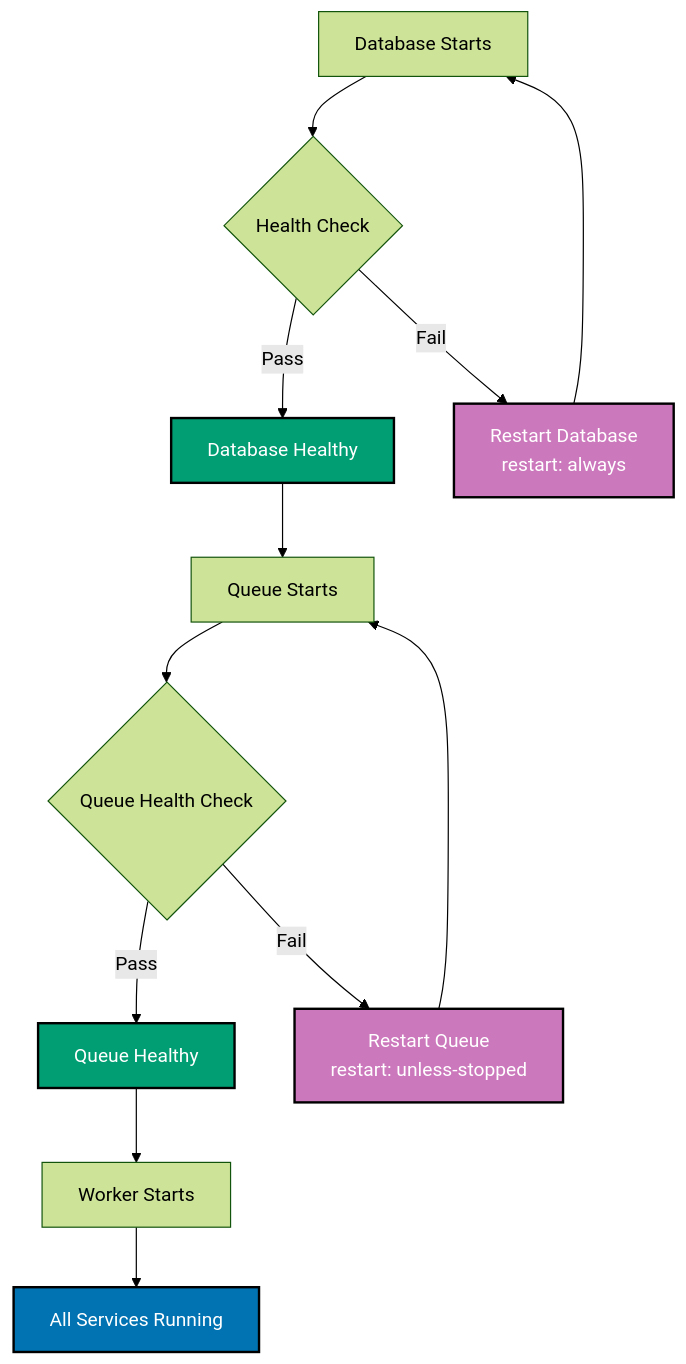
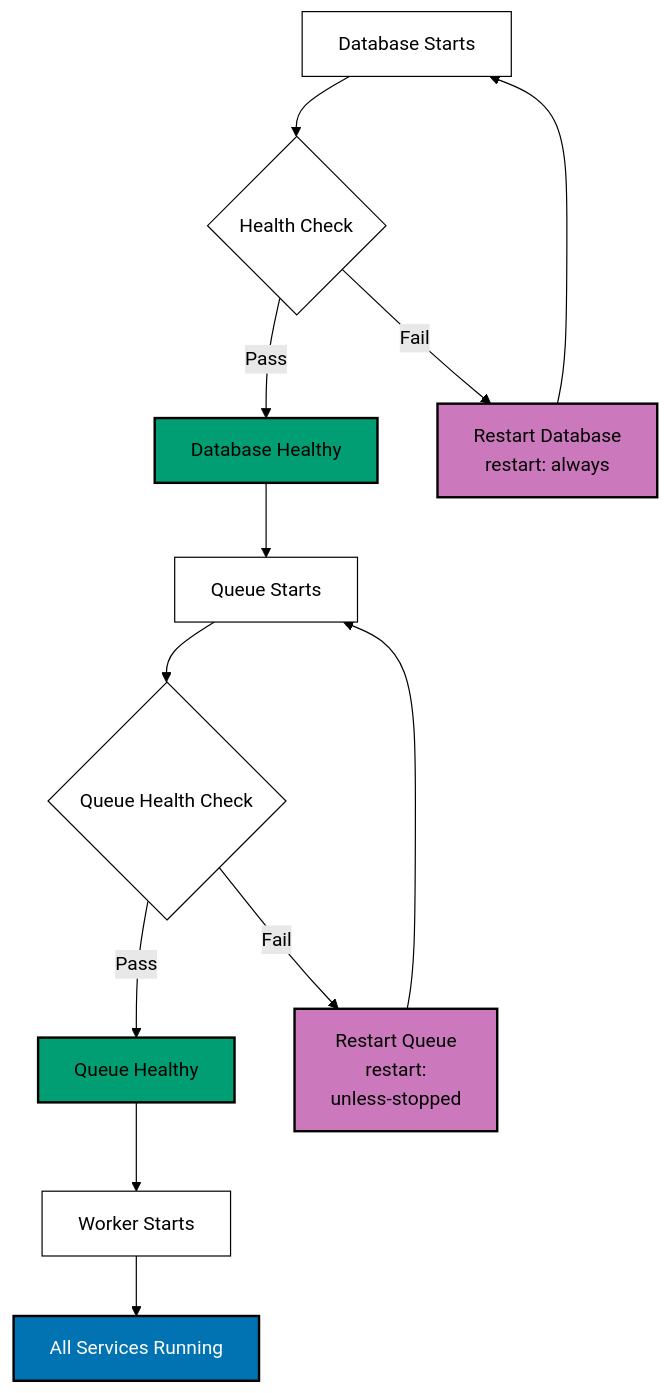
One commit to wahidyankf/ose-public changed the sixth of 11 diagrams in apps/ayokoding-www/content/en/learn/legacy/software-engineering/infrastructure/tools/docker/by-example/intermediate.md. Above: the diagram before and after it, drawn with Mermaid (forest theme). The commit also changed other lines of this file and 131 other files, not shown here.

First line of the commit message:
fix(mermaid): bring the legacy data, infrastructure, and testing diagrams onto the accessible palette

````diff
--- a/apps/ayokoding-www/content/en/learn/legacy/software-engineering/infrastructure/tools/docker/by-example/intermediate.md
+++ b/apps/ayokoding-www/content/en/learn/legacy/software-engineering/infrastructure/tools/docker/by-example/intermediate.md
@@ -1033,22 +1062,28 @@
 ```mermaid
 %% Color Palette: Blue #0173B2, Orange #DE8F05, Teal #029E73, Purple #CC78BC, Brown #CA9161
 graph TD
+ accTitle: Example 34: Service Dependencies with Restart
+ accDescr: Graph with 10 nodes and 11 connections. Nodes: Database Starts, Health Check, Database Healthy, Queue Starts, Queue Health Check, Queue Healthy, Worker Starts, All Services Running, Restart Database restart: always, Restart Queue restart: unless-stopped. Connections: Database Starts to Health Check, Health Check to Database Healthy (Pass), Database Healthy to Queue Starts, Queue Starts to Queue Health Check, Queue Health Check to Queue Healthy (Pass), Queue Healthy to Worker Starts, Worker Starts to All Services Running, Health Check to Restart Database restart: always (Fail), Restart Database restart: always to Database Starts, Queue Health Check to Restart Queue restart: unless-stopped (Fail), Restart Queue restart: unless-stopped to Queue Starts.
  A["Database Starts"] --> B{Health Check}
  B -->|Pass| C["Database Healthy"]
  C --> D["Queue Starts"]
  D --> E{Queue Health Check}
  E -->|Pass| F["Queue Healthy"]
  F --> G["Worker Starts"]
  G --> H["All Services Running"]
 
  B -->|Fail| I["Restart Database<br/>restart: always"]
  I --> A
- E -->|Fail| J["Restart Queue<br/>restart: unless-stopped"]
+ E -->|Fail| J["Restart Queue<br/>restart:<br/>unless-stopped"]
  J --> D
 
- style C fill:#029E73,stroke:#000000,stroke-width:2px,color:#fff
- style F fill:#029E73,stroke:#000000,stroke-width:2px,color:#fff
- style H fill:#0173B2,stroke:#000000,stroke-width:2px,color:#fff
- style I fill:#CC78BC,stroke:#000000,stroke-width:2px,color:#fff
- style J fill:#CC78BC,stroke:#000000,stroke-width:2px,color:#fff
+ classDef pal-029E73 fill:#029E73,stroke:#000000,color:#000000,stroke-width:2px
+ class C pal-029E73
+ class F pal-029E73
+ classDef pal-0173B2 fill:#0173B2,stroke:#000000,color:#FFFFFF,stroke-width:2px
+ class H pal-0173B2
+ classDef pal-CC78BC fill:#CC78BC,stroke:#000000,color:#000000,stroke-width:2px
+ class I pal-CC78BC
+ class J pal-CC78BC
+ classDef default fill:#FFFFFF,stroke:#000000,color:#000000
 ```
````
